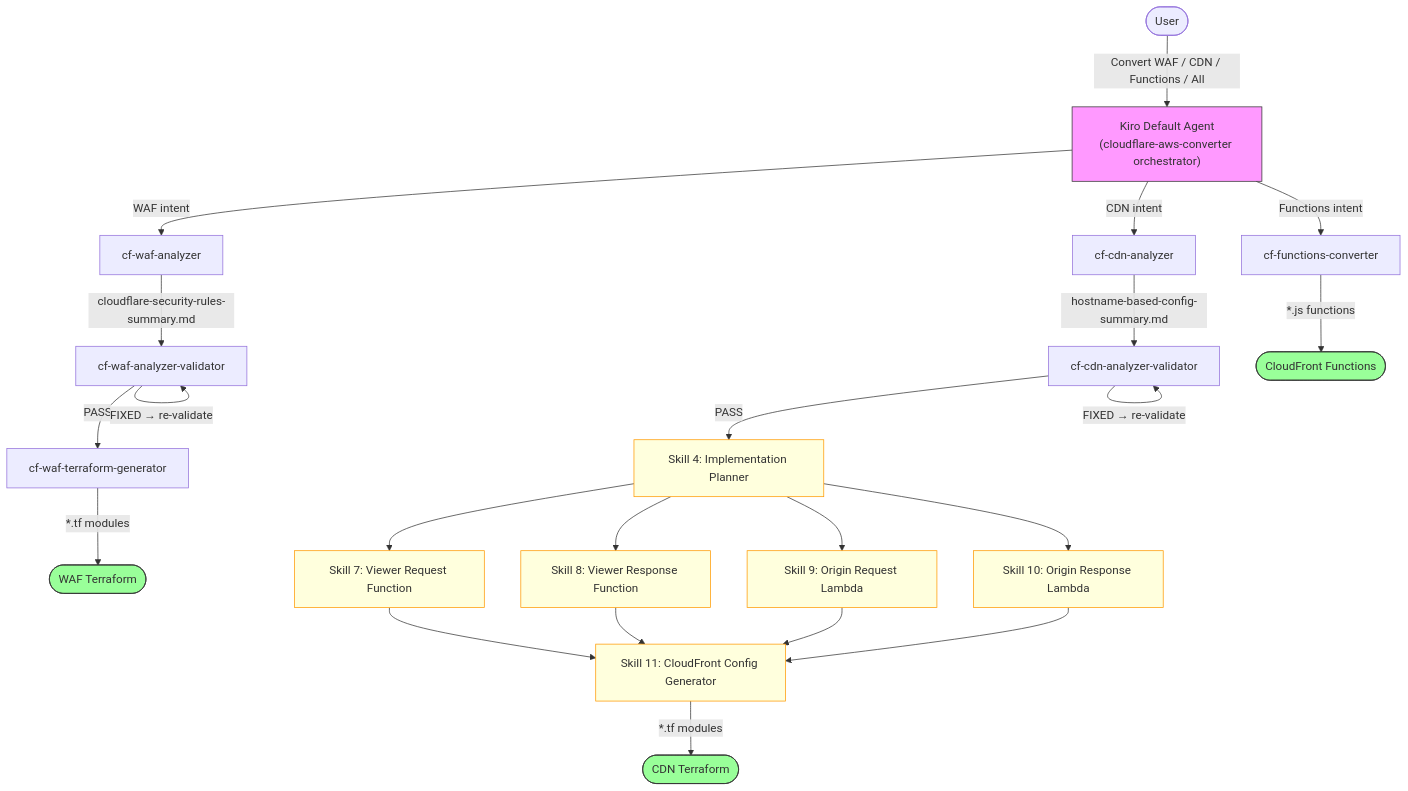
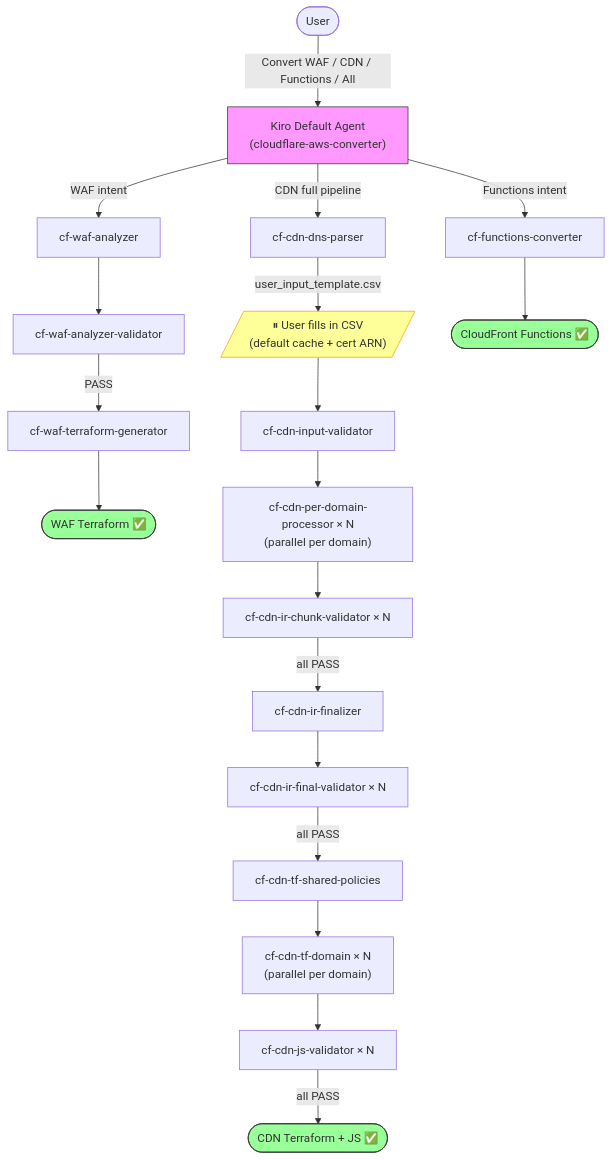
Before and after one commit to chenghit/cloudflare-aws-edge-config-converter: the diagram in README.md, drawn with Mermaid. The commit also changed other lines of this file and 26 other files, not shown here.

First line of the commit message:
feat(cdn): add full CDN pipeline (9 skills + validators + Terraform module)

````diff
--- a/README.md
+++ b/README.md
@@ -32,35 +39,30 @@
 ```mermaid
 flowchart TD
-    User([User]) -->|"Convert WAF / CDN / Functions / All"| Main["Kiro Default Agent<br/>(cloudflare-aws-converter orchestrator)"]
+    User([User]) -->|"Convert WAF / CDN / Functions / All"| Main["Kiro Default Agent\n(cloudflare-aws-converter)"]
 
     Main -->|WAF intent| WAF_A["cf-waf-analyzer"]
-    WAF_A -->|"cloudflare-security-rules-summary.md"| WAF_V["cf-waf-analyzer-validator"]
+    WAF_A --> WAF_V["cf-waf-analyzer-validator"]
     WAF_V -->|PASS| WAF_G["cf-waf-terraform-generator"]
-    WAF_V -->|"FIXED → re-validate"| WAF_V
-    WAF_G -->|"*.tf modules"| WAF_Done([WAF Terraform])
+    WAF_G --> WAF_Done([WAF Terraform ✅])
 
-    Main -->|CDN intent| CDN_A["cf-cdn-analyzer"]
-    CDN_A -->|"hostname-based-config-summary.md"| CDN_V["cf-cdn-analyzer-validator"]
-    CDN_V -->|PASS| CDN_P["Skill 4: Implementation Planner"]
-    CDN_V -->|"FIXED → re-validate"| CDN_V
-    CDN_P --> CDN_VR["Skill 7: Viewer Request Function"]
-    CDN_P --> CDN_VResp["Skill 8: Viewer Response Function"]
-    CDN_P --> CDN_OR["Skill 9: Origin Request Lambda"]
-    CDN_P --> CDN_OResp["Skill 10: Origin Response Lambda"]
-    CDN_VR & CDN_VResp & CDN_OR & CDN_OResp --> CDN_TF["Skill 11: CloudFront Config Generator"]
-    CDN_TF -->|"*.tf modules"| CDN_Done([CDN Terraform])
+    Main -->|CDN full pipeline| CDN1["cf-cdn-dns-parser"]
+    CDN1 -->|user_input_template.csv| Pause[/"⏸ User fills in CSV\n(default cache + cert ARN)"/]
+    Pause --> CDN2["cf-cdn-input-validator"]
+    CDN2 --> CDN3["cf-cdn-per-domain-processor × N\n(parallel per domain)"]
+    CDN3 --> CDN4["cf-cdn-ir-chunk-validator × N"]
+    CDN4 -->|all PASS| CDN5["cf-cdn-ir-finalizer"]
+    CDN5 --> CDN6["cf-cdn-ir-final-validator × N"]
+    CDN6 -->|all PASS| CDN7["cf-cdn-tf-shared-policies"]
+    CDN7 --> CDN8["cf-cdn-tf-domain × N\n(parallel per domain)"]
+    CDN8 --> CDN9["cf-cdn-js-validator × N"]
+    CDN9 -->|all PASS| CDN_Done([CDN Terraform + JS ✅])
 
     Main -->|Functions intent| FUNC["cf-functions-converter"]
-    FUNC -->|"*.js functions"| FUNC_Done([CloudFront Functions])
+    FUNC --> FUNC_Done([CloudFront Functions ✅])
 
     style Main fill:#f9f,stroke:#333
+    style Pause fill:#ff9,stroke:#f90
     style WAF_Done fill:#9f9,stroke:#333
     style CDN_Done fill:#9f9,stroke:#333
     style FUNC_Done fill:#9f9,stroke:#333
-    style CDN_P fill:#ffd,stroke:#f90
-    style CDN_VR fill:#ffd,stroke:#f90
-    style CDN_VResp fill:#ffd,stroke:#f90
-    style CDN_OR fill:#ffd,stroke:#f90
-    style CDN_OResp fill:#ffd,stroke:#f90
-    style CDN_TF fill:#ffd,stroke:#f90
 ```
````
